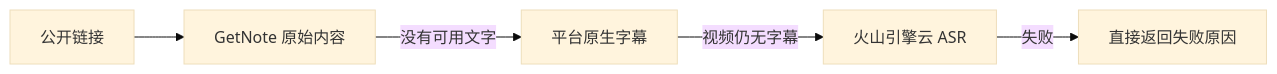
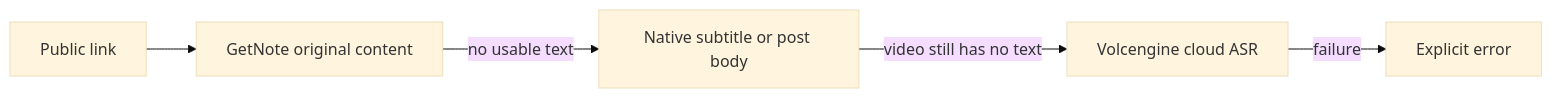
The diagram in README.md (JNHFlow21/social-media-toolkit), drawn with Mermaid (base theme) before and after one commit. The commit also changed other lines of this file and 37 other files, not shown here.

````diff
--- a/README.md
+++ b/README.md
@@ -150,7 +124,7 @@
 ```mermaid
 flowchart LR
-    U["公开链接"] --> G["GetNote 原始内容"]
-    G -->|"没有可用文字"| N["平台原生字幕"]
-    N -->|"视频仍无字幕"| V["火山引擎云 ASR"]
-    V -->|"失败"| E["直接返回失败原因"]
+    U["Public link"] --> G["GetNote original content"]
+    G -->|"no usable text"| N["Native subtitle or post body"]
+    N -->|"video still has no text"| V["Volcengine cloud ASR"]
+    V -->|"failure"| E["Explicit error"]
 ```
````
